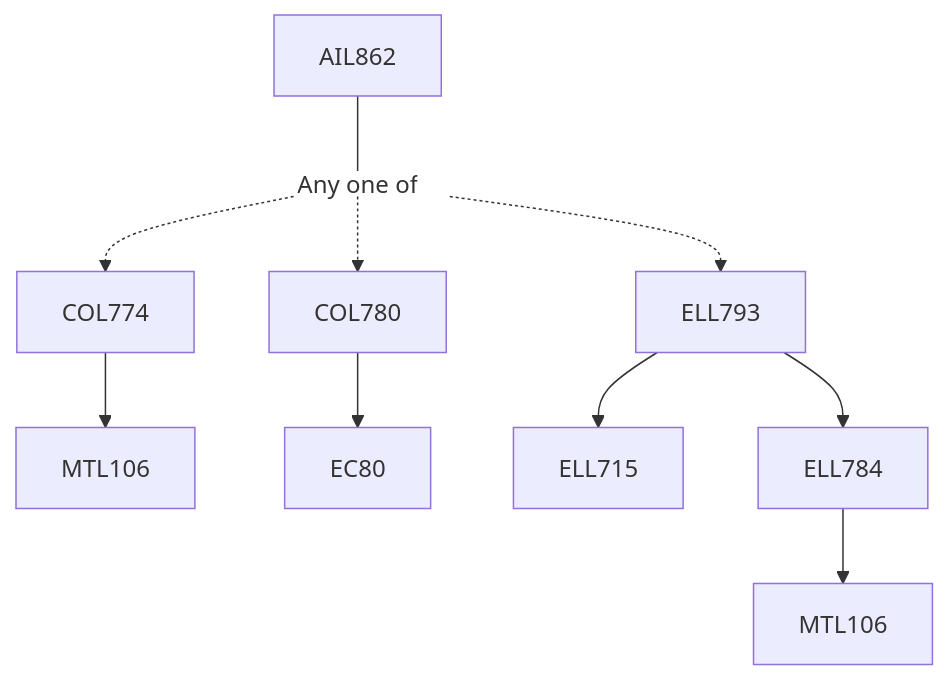
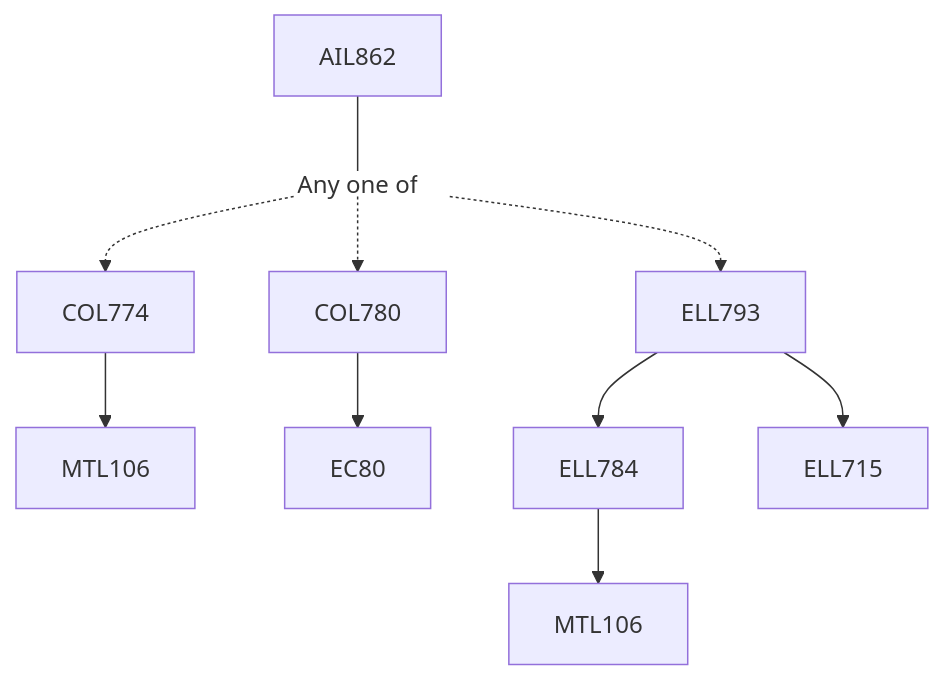
Before and after one commit to KeshavBansal0122/CoS_Website: the diagram in content/School of Artificial Intelligence/AIL862.md, drawn with Mermaid. The commit also changed other lines of this file and 2662 other files, not shown here.

````diff
--- a/content/School of Artificial Intelligence/AIL862.md
+++ b/content/School of Artificial Intelligence/AIL862.md
@@ -13,16 +13,16 @@
 ```mermaid
 flowchart TD
 AIL862-1262[AIL862]
 AIL862-1262 --- Or1263[Any one of]:::empty
+Or1263 -.-> COL774-1264[COL774]
 COL774-1264 --> MTL106-1264[MTL106]
-Or1263 -.-> COL774-1264[COL774]
+COL780-1265 --> EC80-1265[EC80]
 Or1263 -.-> COL780-1265[COL780]
-COL780-1265 --> EC80-1265[EC80]
+Or1263 -.-> ELL793-1266[ELL793]
+ELL784-1266 --> MTL106-1266[MTL106]
+ELL793-1266 --> ELL784-1266[ELL784]
 ELL793-1266 --> ELL715-1266[ELL715]
-Or1263 -.-> ELL793-1266[ELL793]
-ELL793-1266 --> ELL784-1266[ELL784]
-ELL784-1266 --> MTL106-1266[MTL106]
 
 classDef empty height:17px, fill:transparent, stroke:transparent;
 classDef trueEmpty height:0px, width:0px;
 ```
````
